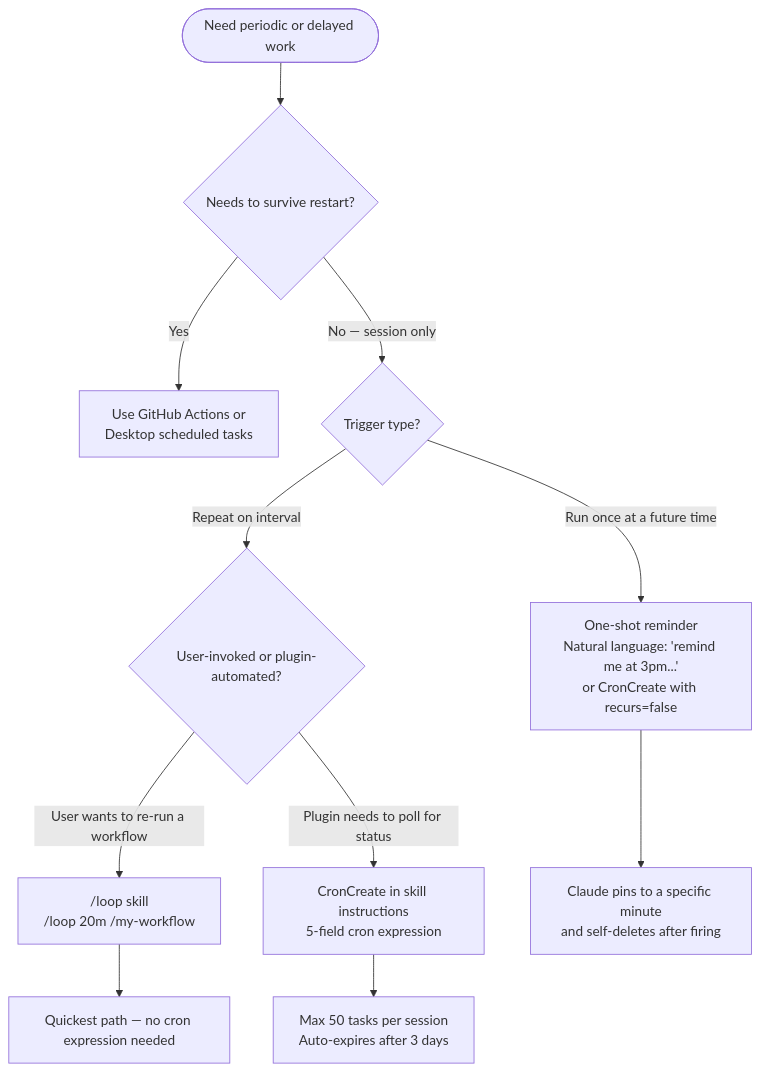
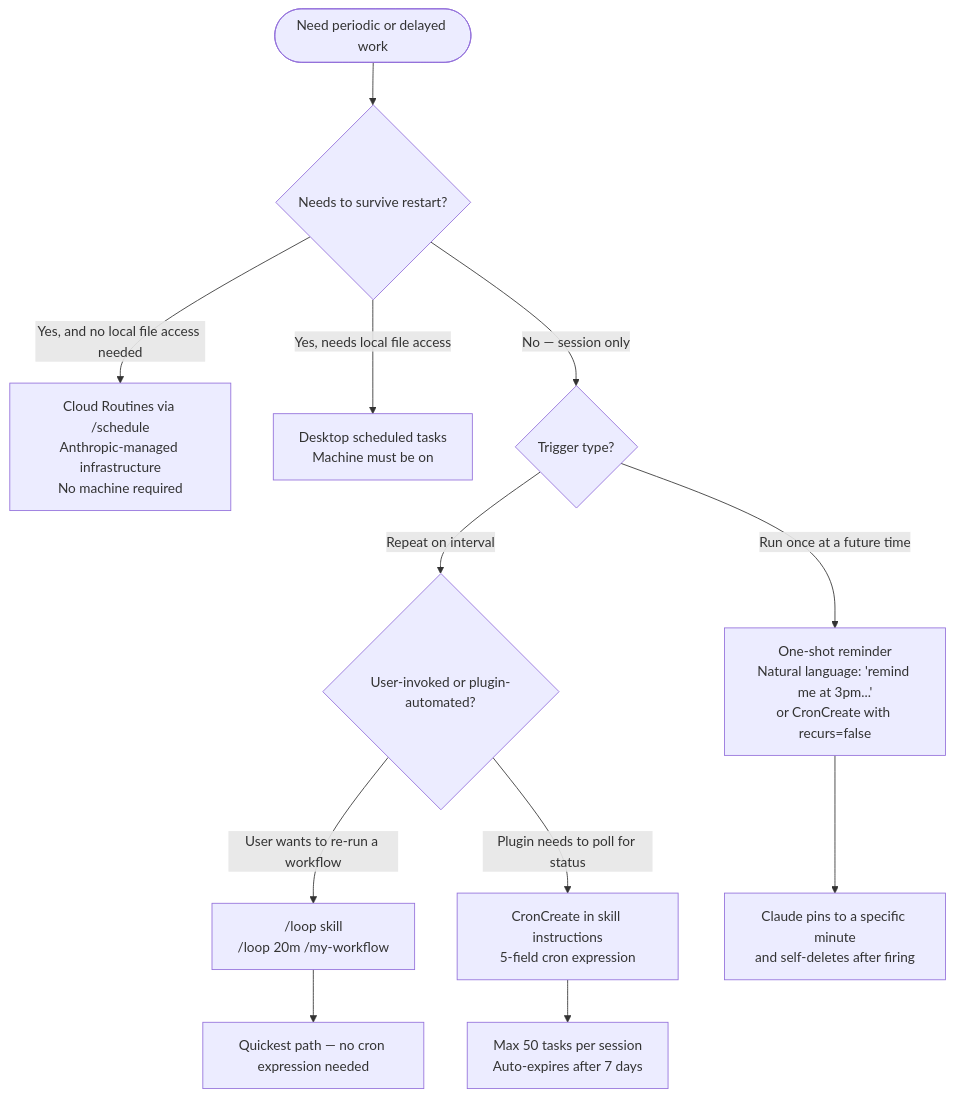
Before and after one commit to chgreer1070/claude_skills: the diagram in plugins/plugin-creator/skills/claude-skills-overview-2026/resources/scheduled-tasks.md, drawn with Mermaid. The commit also changed other lines of this file and 26 other files, not shown here.

````diff
--- a/plugins/plugin-creator/skills/claude-skills-overview-2026/resources/scheduled-tasks.md
+++ b/plugins/plugin-creator/skills/claude-skills-overview-2026/resources/scheduled-tasks.md
@@ -17,13 +37,14 @@
 ```mermaid
 flowchart TD
     Start([Need periodic or delayed work]) --> Q1{Needs to survive restart?}
-    Q1 -->|Yes| Durable["Use GitHub Actions or<br>Desktop scheduled tasks"]
+    Q1 -->|Yes, and no local file access needed| CloudRoutines["Cloud Routines via /schedule<br>Anthropic-managed infrastructure<br>No machine required"]
+    Q1 -->|Yes, needs local file access| Durable["Desktop scheduled tasks<br>Machine must be on"]
     Q1 -->|No — session only| Q2{Trigger type?}
     Q2 -->|Run once at a future time| OneShot["One-shot reminder<br>Natural language: 'remind me at 3pm...'<br>or CronCreate with recurs=false"]
     Q2 -->|Repeat on interval| Q3{User-invoked or plugin-automated?}
     Q3 -->|User wants to re-run a workflow| Loop["/loop skill<br>/loop 20m /my-workflow"]
     Q3 -->|Plugin needs to poll for status| CronCreate["CronCreate in skill instructions<br>5-field cron expression"]
     OneShot --> Note[Claude pins to a specific minute<br>and self-deletes after firing]
     Loop --> Note2[Quickest path — no cron expression needed]
-    CronCreate --> Note3[Max 50 tasks per session<br>Auto-expires after 3 days]
+    CronCreate --> Note3[Max 50 tasks per session<br>Auto-expires after 7 days]
 ```
````
